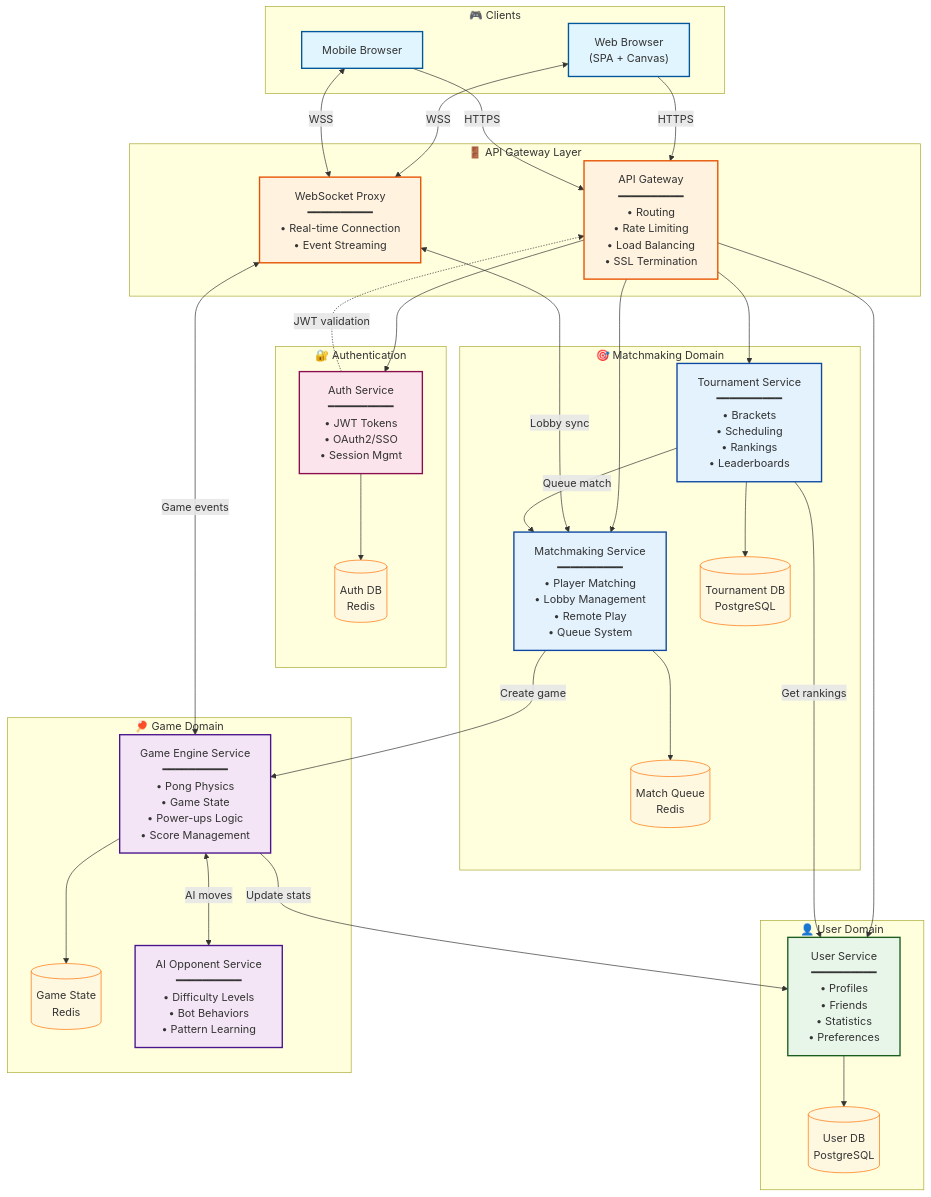
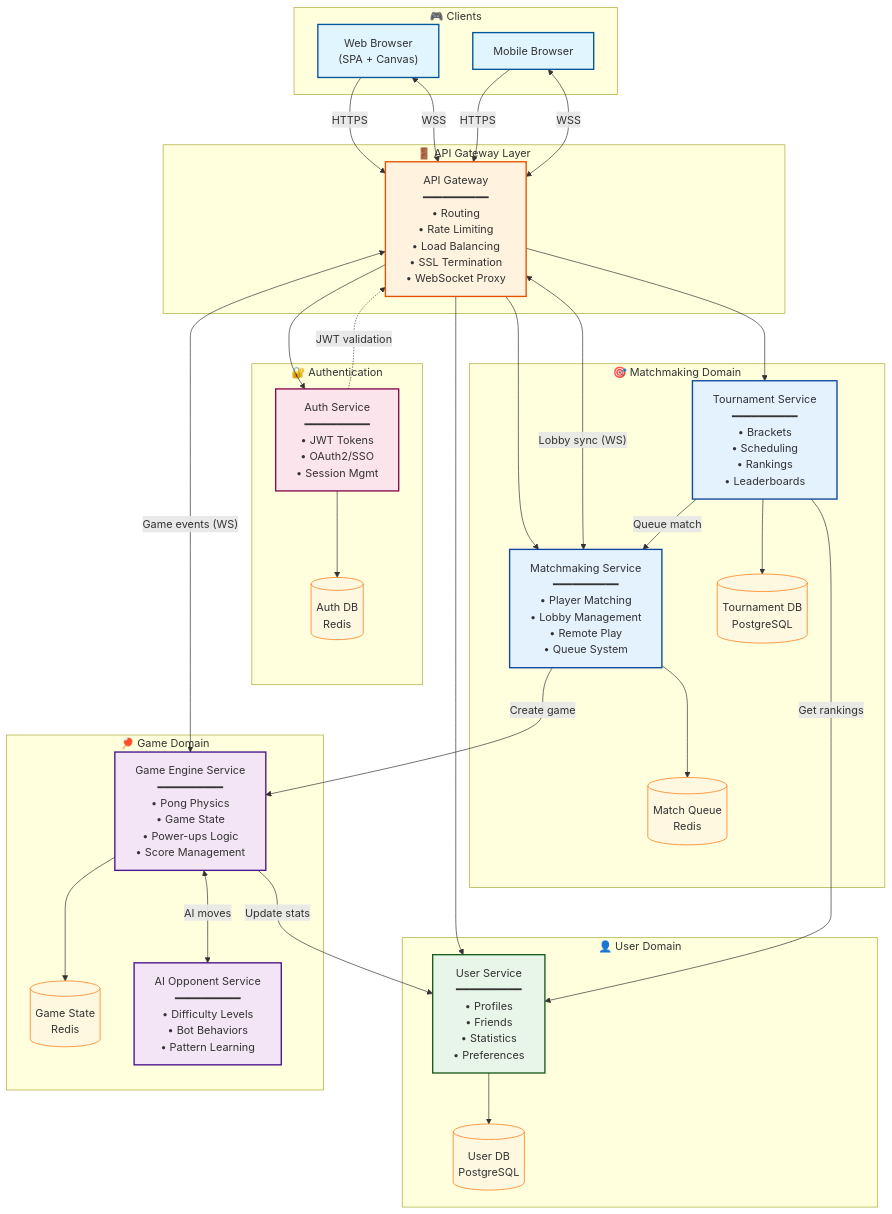
One commit to Eveline-Lim/transcendence changed the diagram in docs/architectures/global-view.md. Above: the diagram before and after it, drawn with Mermaid.

Commit message:
Refactor API Gateway documentation to consolidate WebSocket proxy details

```diff
--- a/docs/architectures/global-view.md
+++ b/docs/architectures/global-view.md
@@ -10,8 +10,7 @@
     end
 
     subgraph Gateway["🚪 API Gateway Layer"]
-        APIGW["API Gateway<br/>━━━━━━━━━━<br/>• Routing<br/>• Rate Limiting<br/>• Load Balancing<br/>• SSL Termination"]
-        WSProxy["WebSocket Proxy<br/>━━━━━━━━━━<br/>• Real-time Connection<br/>• Event Streaming"]
+        APIGW["API Gateway<br/>━━━━━━━━━━<br/>• Routing<br/>• Rate Limiting<br/>• Load Balancing<br/>• SSL Termination<br/>• WebSocket Proxy"]
     end
 
     subgraph Auth["🔐 Authentication"]
@@ -39,14 +38,17 @@
 
     %% Client to Gateway
     Browser -->|HTTPS| APIGW
-    Browser <-->|WSS| WSProxy
+    Browser <-->|WSS| APIGW
     Mobile -->|HTTPS| APIGW
-    Mobile <-->|WSS| WSProxy
+    Mobile <-->|WSS| APIGW
 
     %% Gateway to Services
-    APIGW --> AuthService & UserService & MatchService & TournamentService
-    WSProxy <-->|"Game events"| GameEngine
-    WSProxy <-->|"Lobby sync"| MatchService
+    APIGW --> AuthService
+    APIGW --> UserService
+    APIGW --> MatchService
+    APIGW --> TournamentService
+    APIGW <-->|"Game events (WS)"| GameEngine
+    APIGW <-->|"Lobby sync (WS)"| MatchService
 
     %% Auth flows
     AuthService --> AuthDB
@@ -75,7 +77,7 @@
     classDef db fill:#fff8e1,stroke:#ff6f00,stroke-width:1px
 
     class Browser,Mobile client
-    class APIGW,WSProxy gateway
+    class APIGW gateway
     class AuthService auth
     class AuthDB db
     class UserService user
```
